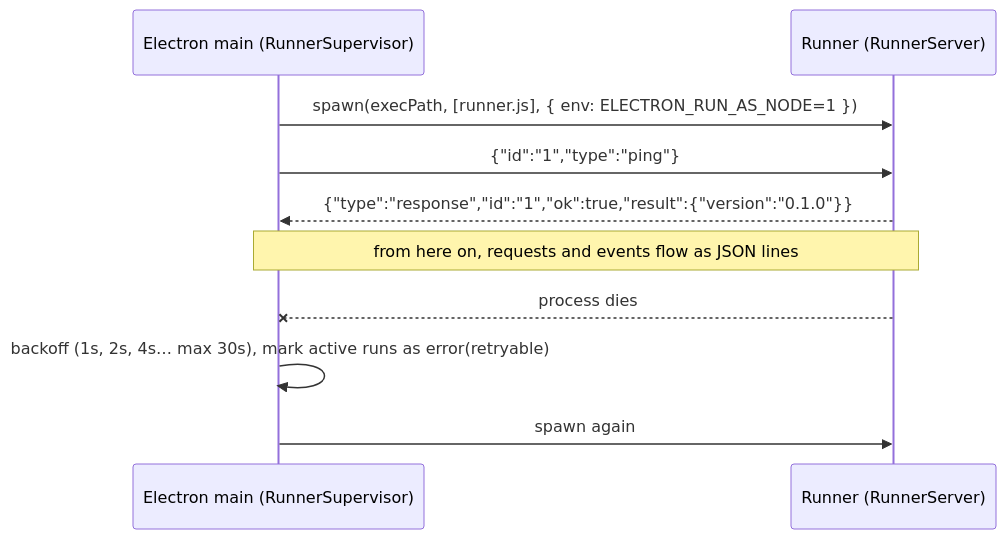
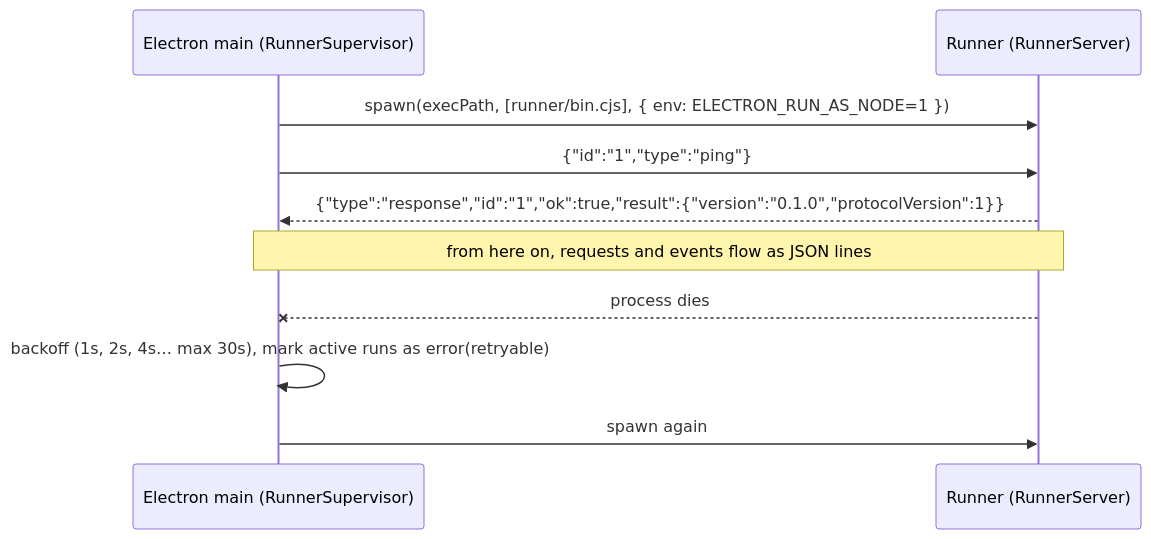
Before and after one commit to comitiva-dev/comitiva: the second of 3 diagrams in docs/design.md, drawn with Mermaid. The commit also changed other lines of this file, not shown here.

Commit message:
docs(design): sync runner, registry and backend signatures with the code

````diff
--- a/docs/design.md
+++ b/docs/design.md
@@ -332,12 +332,12 @@
 ```mermaid
 sequenceDiagram
     participant M as Electron main (RunnerSupervisor)
     participant R as Runner (RunnerServer)
-    M->>R: spawn(execPath, [runner.js], { env: ELECTRON_RUN_AS_NODE=1 })
+    M->>R: spawn(execPath, [runner/bin.cjs], { env: ELECTRON_RUN_AS_NODE=1 })
     M->>R: {"id":"1","type":"ping"}
-    R-->>M: {"type":"response","id":"1","ok":true,"result":{"version":"0.1.0"}}
+    R-->>M: {"type":"response","id":"1","ok":true,"result":{"version":"0.1.0","protocolVersion":1}}
     Note over M,R: from here on, requests and events flow as JSON lines
     R--xM: process dies
     M->>M: backoff (1s, 2s, 4s… max 30s), mark active runs as error(retryable)
     M->>R: spawn again
 ```
````
